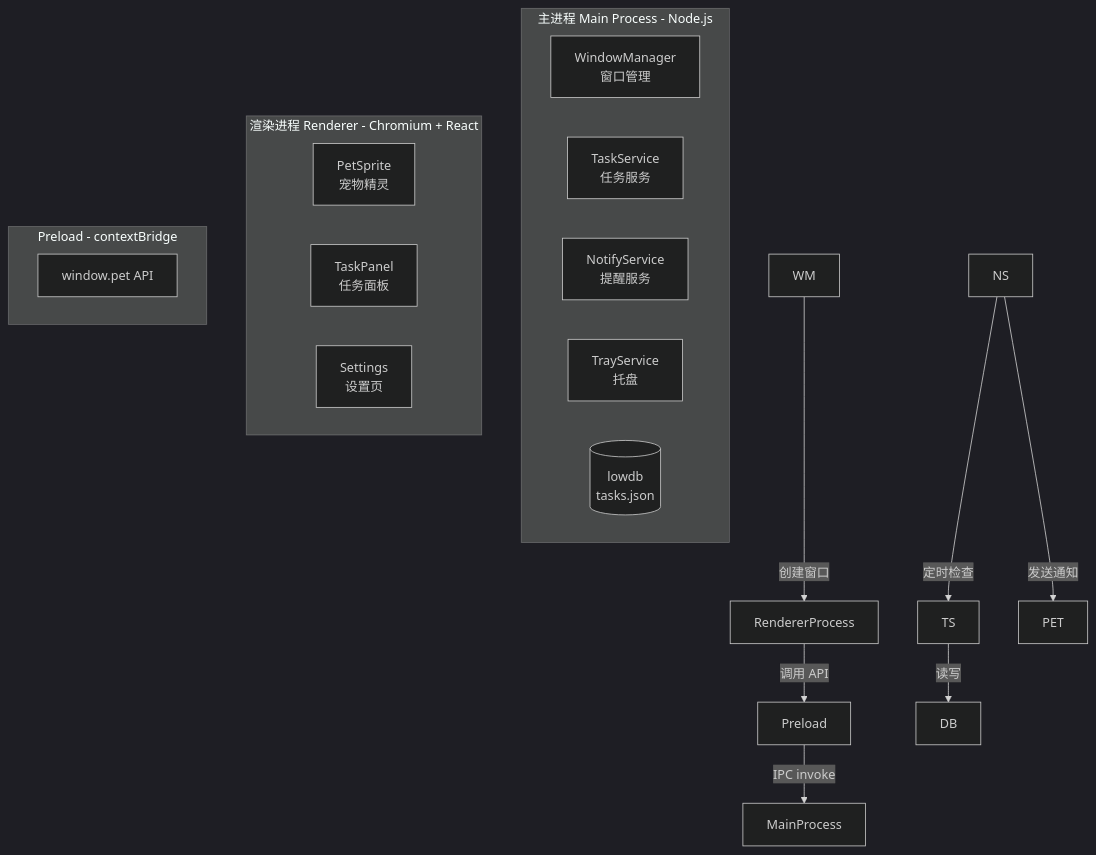
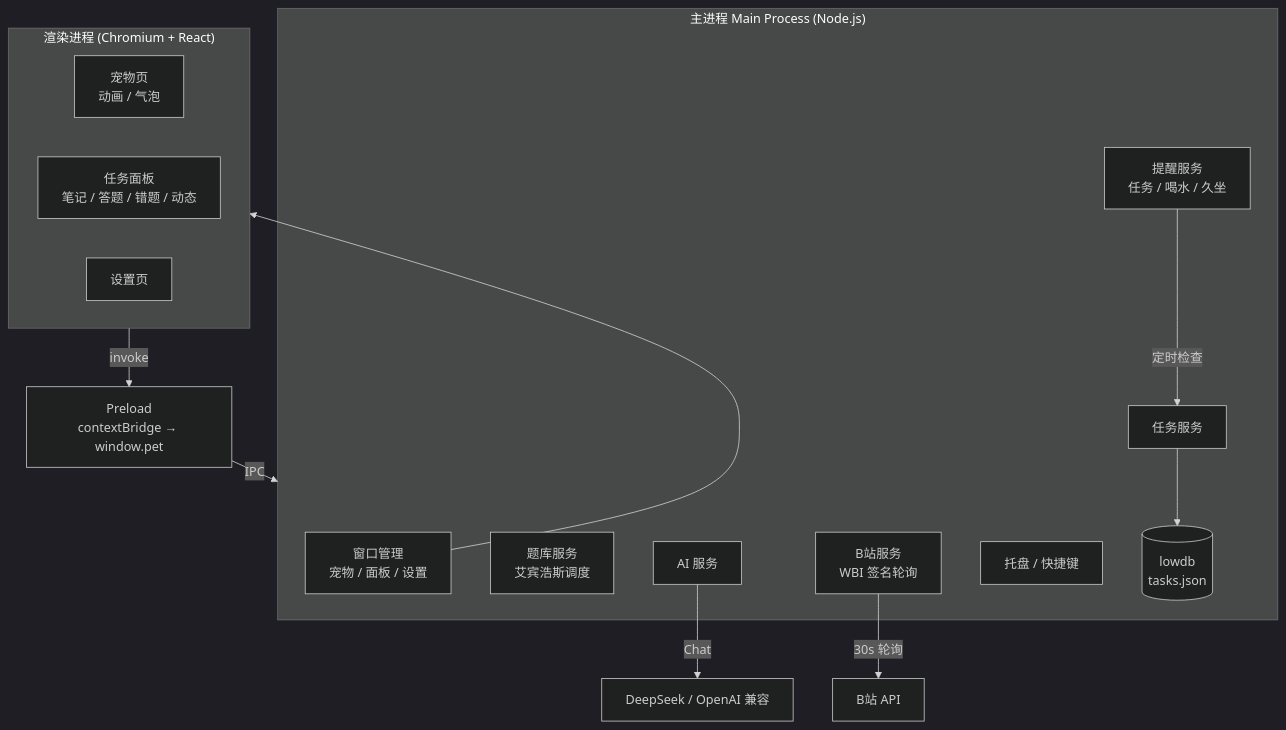
The diagram in README.md (Allen-huu/PalGov), drawn with Mermaid (dark theme) before and after one commit. The commit also changed other lines of this file and 22 other files, not shown here.

````diff
--- a/README.md
+++ b/README.md
@@ -147,28 +232,30 @@
 ```mermaid
 graph TB
-    subgraph MainProcess\[主进程 Main Process - Node.js]
-        WM\[WindowManager<br/>窗口管理]
-        TS\[TaskService<br/>任务服务]
-        NS\[NotifyService<br/>提醒服务]
-        TR\[TrayService<br/>托盘]
-        DB\[(lowdb<br/>tasks.json)]
+    subgraph Main["主进程 Main Process (Node.js)"]
+        WM["窗口管理<br/>宠物 / 面板 / 设置"]
+        TS["任务服务"]
+        NS["提醒服务<br/>任务 / 喝水 / 久坐"]
+        QS["题库服务<br/>艾宾浩斯调度"]
+        AIS["AI 服务"]
+        BS["B站服务<br/>WBI 签名轮询"]
+        TR["托盘 / 快捷键"]
+        DB[("lowdb<br/>tasks.json")]
     end
 
-    subgraph RendererProcess\[渲染进程 Renderer - Chromium + React]
-        PET\[PetSprite<br/>宠物精灵]
-        PANEL\[TaskPanel<br/>任务面板]
-        SETTINGS\[Settings<br/>设置页]
+    subgraph Renderer["渲染进程 (Chromium + React)"]
+        PET["宠物页<br/>动画 / 气泡"]
+        PANEL["任务面板<br/>笔记 / 答题 / 错题 / 动态"]
+        SETTINGS["设置页"]
     end
 
-    subgraph Preload\[Preload - contextBridge]
-        API\[window.pet API]
-    end
+    PRELOAD["Preload<br/>contextBridge → window.pet"]
 
-    WM -->|创建窗口| RendererProcess
-    TS -->|读写| DB
+    WM --> Renderer
+    TS --> DB
     NS -->|定时检查| TS
-    NS -->|发送通知| PET
+    BS -->|30s 轮询| BILI["B站 API"]
+    AIS -->|Chat| LLM["DeepSeek / OpenAI 兼容"]
 
-    RendererProcess -->|调用 API| Preload
-    Preload -->|IPC invoke| MainProcess
+    Renderer -->|invoke| PRELOAD
+    PRELOAD -->|IPC| Main
 ```
````
